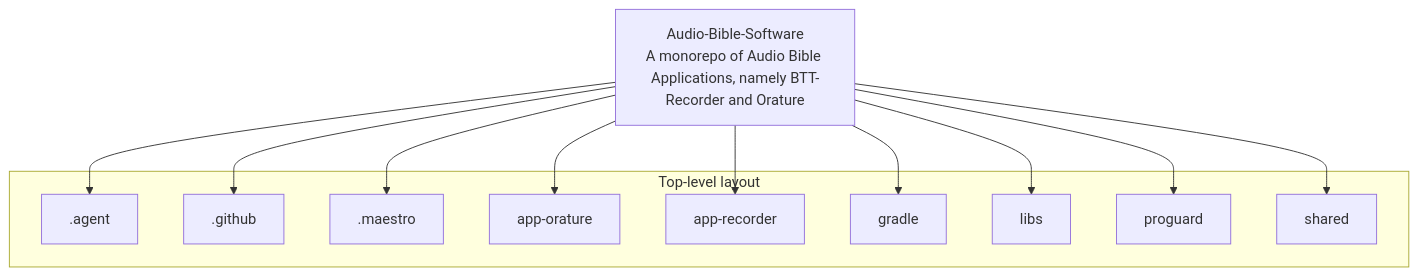
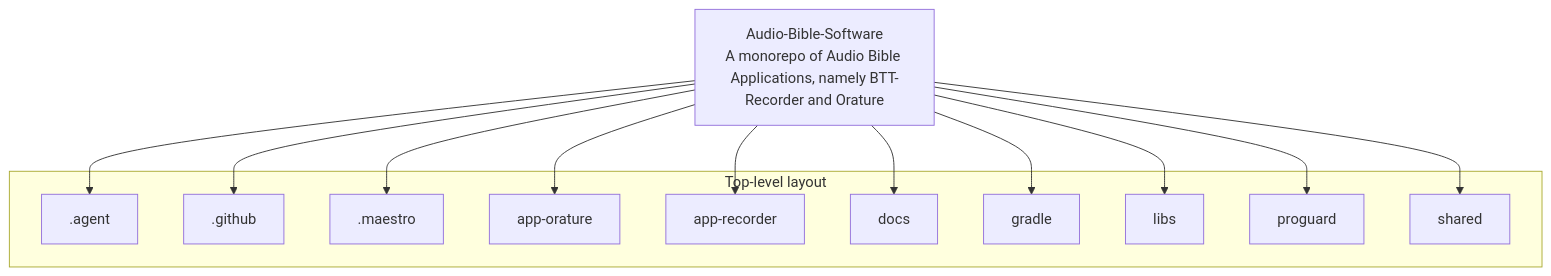
Before and after one commit to AnonymousWalker/project-repos-diagram: the second of 3 diagrams in architecture/Bible-Translation-Tools/Audio-Bible-Software-architecture.md, drawn with Mermaid. The commit also changed other lines of this file and 2 other files, not shown here.

Commit message:
chore: refresh architecture diagrams

````diff
--- a/architecture/Bible-Translation-Tools/Audio-Bible-Software-architecture.md
+++ b/architecture/Bible-Translation-Tools/Audio-Bible-Software-architecture.md
@@ -46,26 +48,28 @@
 ```mermaid
 flowchart TB
   Root["Audio-Bible-Software<br/>A monorepo of Audio Bible Applications, namely BTT-Recorder and Orature"]
 
   subgraph structure["Top-level layout"]
     D0[".agent"]
     D1[".github"]
     D2[".maestro"]
     D3["app-orature"]
     D4["app-recorder"]
-    D5["gradle"]
-    D6["libs"]
-    D7["proguard"]
-    D8["shared"]
+    D5["docs"]
+    D6["gradle"]
+    D7["libs"]
+    D8["proguard"]
+    D9["shared"]
   end
 
   Root --> D0
   Root --> D1
   Root --> D2
   Root --> D3
   Root --> D4
   Root --> D5
   Root --> D6
   Root --> D7
   Root --> D8
+  Root --> D9
 ```
````
